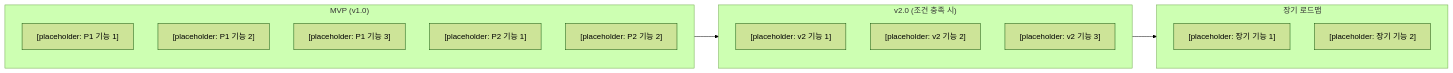
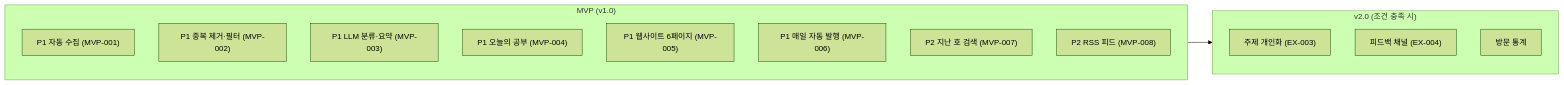
One commit to naneunimjee/2026-vibe-coding-adv changed the second of 3 diagrams in waterfall/00-기획/서비스기획서.md. Above: the diagram before and after it, drawn with Mermaid (forest theme). The commit also changed other lines of this file and 2 other files, not shown here.

````diff
--- a/waterfall/00-기획/서비스기획서.md
+++ b/waterfall/00-기획/서비스기획서.md
@@ -379,27 +310,23 @@
 ```mermaid
 flowchart LR
     subgraph MVP["MVP (v1.0)"]
         direction TB
-        F1["[placeholder: P1 기능 1]"]
-        F2["[placeholder: P1 기능 2]"]
-        F3["[placeholder: P1 기능 3]"]
-        F4["[placeholder: P2 기능 1]"]
-        F5["[placeholder: P2 기능 2]"]
+        F1["P1 자동 수집 (MVP-001)"]
+        F2["P1 중복 제거·필터 (MVP-002)"]
+        F3["P1 LLM 분류·요약 (MVP-003)"]
+        F4["P1 오늘의 공부 (MVP-004)"]
+        F5["P1 웹사이트 6페이지 (MVP-005)"]
+        F6["P1 매일 자동 발행 (MVP-006)"]
+        F7["P2 지난 호 검색 (MVP-007)"]
+        F8["P2 RSS 피드 (MVP-008)"]
     end
 
     subgraph V2["v2.0 (조건 충족 시)"]
         direction TB
-        F6["[placeholder: v2 기능 1]"]
-        F7["[placeholder: v2 기능 2]"]
-        F8["[placeholder: v2 기능 3]"]
-    end
-
-    subgraph FUTURE["장기 로드맵"]
-        direction TB
-        F9["[placeholder: 장기 기능 1]"]
-        F10["[placeholder: 장기 기능 2]"]
+        G2["주제 개인화 (EX-003)"]
+        G3["피드백 채널 (EX-004)"]
+        G4["방문 통계"]
     end
 
     MVP --> V2
-    V2 --> FUTURE
 ```
````
